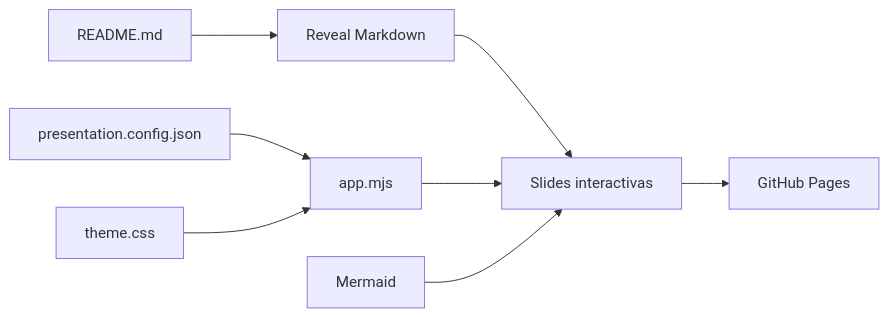
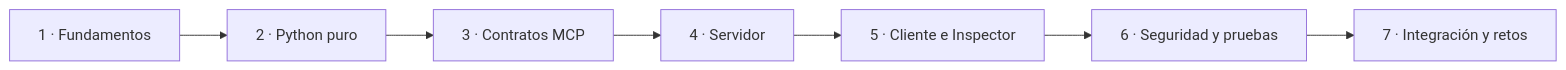
The first of 14 diagrams in README.md (jorgektch/tu-primer-servidor-mcp), drawn with Mermaid before and after one commit. The commit also changed other lines of this file and 35 other files, not shown here.

Commit message:
feat: build hands-on MCP server workshop with protocol client and diagrams

````diff
--- a/README.md
+++ b/README.md
@@ -121,10 +66,9 @@
 ```mermaid
 flowchart LR
-    A["README.md"] --> B["Reveal Markdown"]
-    C["presentation.config.json"] --> D["app.mjs"]
-    E["theme.css"] --> D
-    B --> F["Slides interactivas"]
-    D --> F
-    G["Mermaid"] --> F
-    F --> H["GitHub Pages"]
+  A["1 · Fundamentos"] --> B["2 · Python puro"]
+  B --> C["3 · Contratos MCP"]
+  C --> D["4 · Servidor"]
+  D --> E["5 · Cliente e Inspector"]
+  E --> F["6 · Seguridad y pruebas"]
+  F --> G["7 · Integración y retos"]
 ```
````
